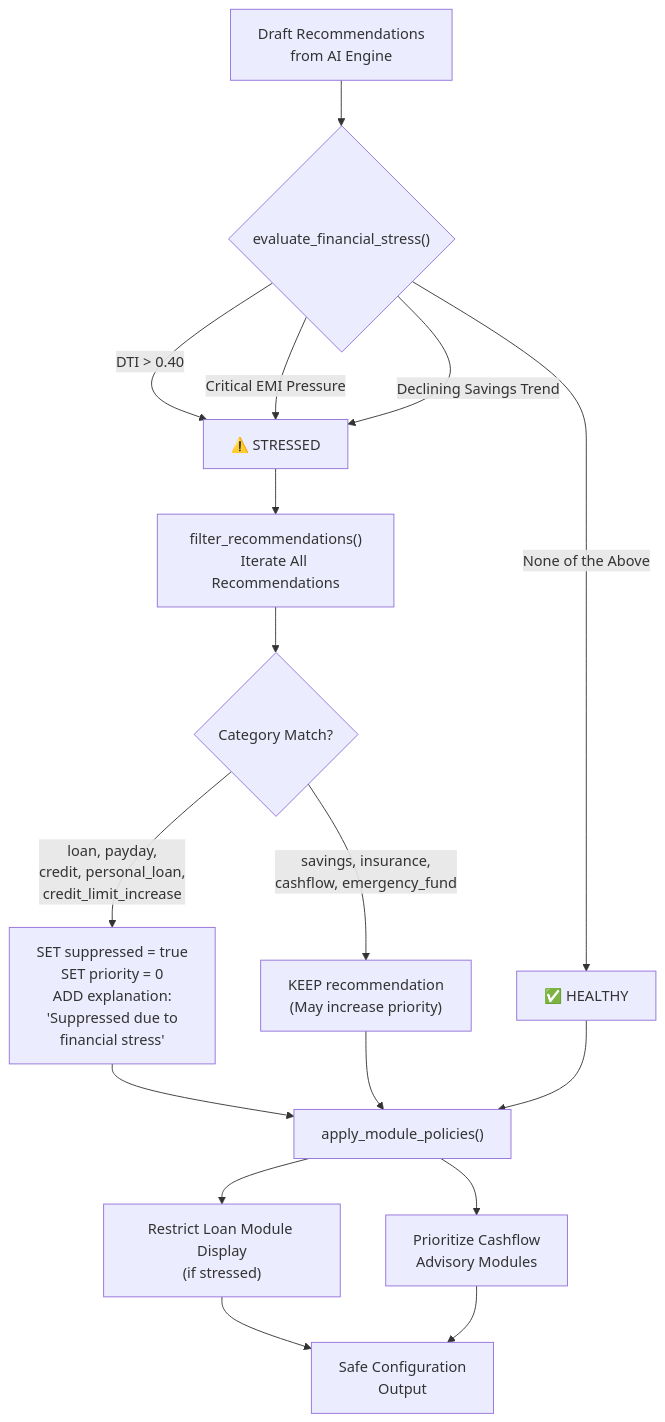
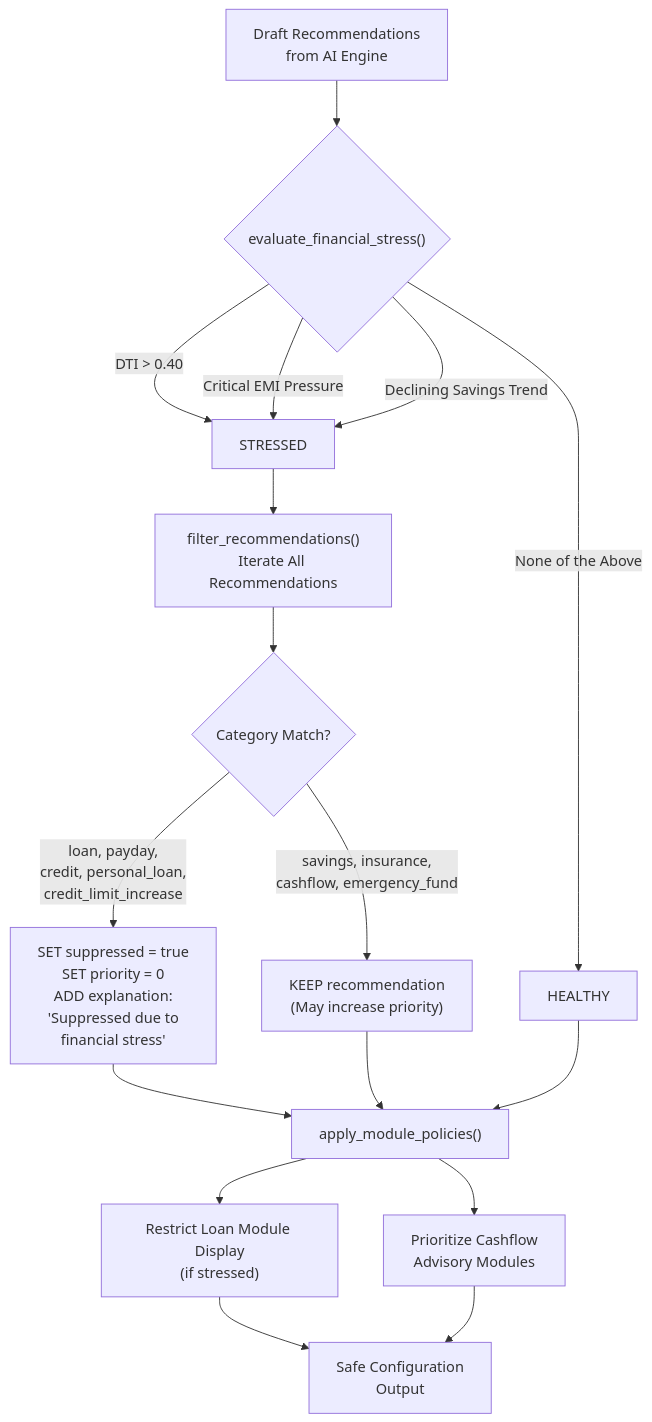
Diagram 15 of 39 in README.md (Neutron-0/ABC-Bank), drawn with Mermaid before and after one commit. The commit also changed other lines of this file, not shown here.

Commit message:
docs: polish readme formatting and drop all emojis

````diff
--- a/README.md
+++ b/README.md
@@ -1285,26 +1285,26 @@
 ```mermaid
 flowchart TD
-    Input2["Draft Recommendations\nfrom AI Engine"] --> StressEval{"evaluate_financial_stress()"}
-    
-    StressEval -->|"DTI > 0.40"| STRESSED["⚠️ STRESSED"]
-    StressEval -->|"Critical EMI Pressure"| STRESSED
-    StressEval -->|"Declining Savings Trend"| STRESSED
-    StressEval -->|"None of the Above"| HEALTHY["✅ HEALTHY"]
-    
-    STRESSED --> FilterLoop["filter_recommendations()\nIterate All Recommendations"]
-    
-    FilterLoop --> CheckCategory{"Category Match?"}
-    CheckCategory -->|"loan, payday,\ncredit, personal_loan,\ncredit_limit_increase"| SuppressRec["SET suppressed = true\nSET priority = 0\nADD explanation:\n'Suppressed due to\nfinancial stress'"]
-    CheckCategory -->|"savings, insurance,\ncashflow, emergency_fund"| KeepRec["KEEP recommendation\n(May increase priority)"]
-    
-    SuppressRec --> ModulePolicies["apply_module_policies()"]
-    KeepRec --> ModulePolicies
-    
-    HEALTHY --> ModulePolicies
-    
-    ModulePolicies --> RestrictLoan["Restrict Loan Module Display\n(if stressed)"]
-    ModulePolicies --> PrioritizeCashflow["Prioritize Cashflow\nAdvisory Modules"]
-    
-    RestrictLoan --> SafeConfig["Safe Configuration\nOutput"]
-    PrioritizeCashflow --> SafeConfig
+  Input2["Draft Recommendations\nfrom AI Engine"] --> StressEval{"evaluate_financial_stress()"}
+  
+  StressEval -->|"DTI > 0.40"| STRESSED["STRESSED"]
+  StressEval -->|"Critical EMI Pressure"| STRESSED
+  StressEval -->|"Declining Savings Trend"| STRESSED
+  StressEval -->|"None of the Above"| HEALTHY["HEALTHY"]
+  
+  STRESSED --> FilterLoop["filter_recommendations()\nIterate All Recommendations"]
+  
+  FilterLoop --> CheckCategory{"Category Match?"}
+  CheckCategory -->|"loan, payday,\ncredit, personal_loan,\ncredit_limit_increase"| SuppressRec["SET suppressed = true\nSET priority = 0\nADD explanation:\n'Suppressed due to\nfinancial stress'"]
+  CheckCategory -->|"savings, insurance,\ncashflow, emergency_fund"| KeepRec["KEEP recommendation\n(May increase priority)"]
+  
+  SuppressRec --> ModulePolicies["apply_module_policies()"]
+  KeepRec --> ModulePolicies
+  
+  HEALTHY --> ModulePolicies
+  
+  ModulePolicies --> RestrictLoan["Restrict Loan Module Display\n(if stressed)"]
+  ModulePolicies --> PrioritizeCashflow["Prioritize Cashflow\nAdvisory Modules"]
+  
+  RestrictLoan --> SafeConfig["Safe Configuration\nOutput"]
+  PrioritizeCashflow --> SafeConfig
 ```
````
